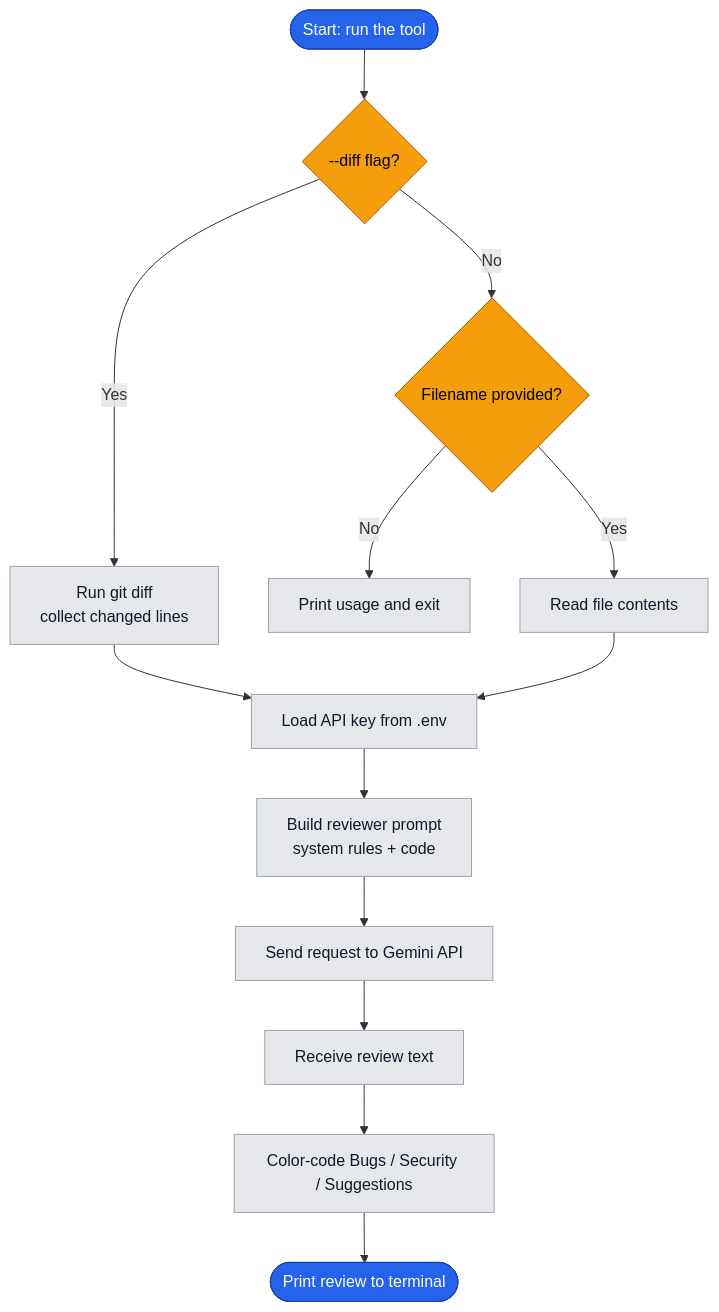
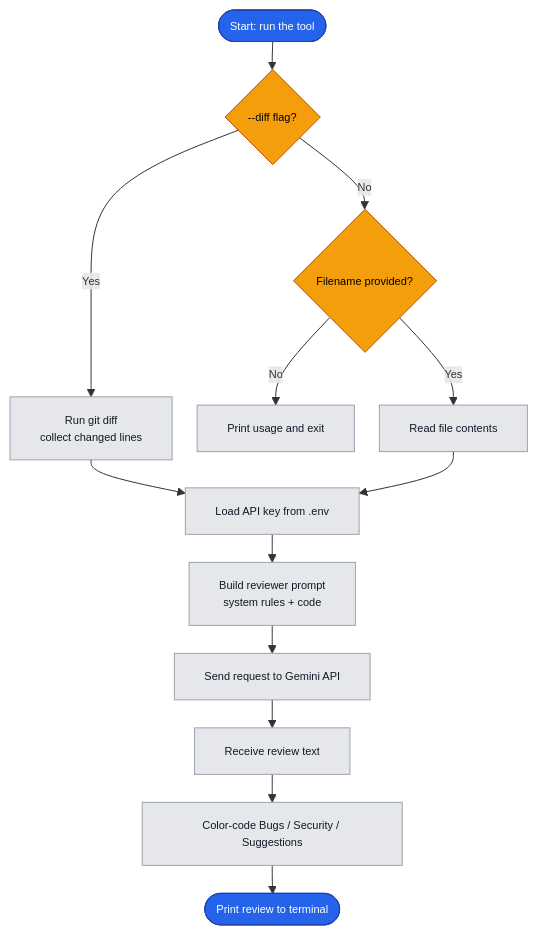
Before and after one commit to prem-maradiya/gemini-code-reviewer: the diagram in README.md, drawn with Mermaid. The commit also changed other lines of this file and 1 other file, not shown here.

Commit message:
Add usage screenshot and compact flowchart to README

````diff
--- a/README.md
+++ b/README.md
@@ -65,22 +69,23 @@
 ```mermaid
+%%{init: {'flowchart': {'nodeSpacing': 25, 'rankSpacing': 28}, 'themeVariables': {'fontSize': '11px'}}}%%
 flowchart TD
     A([Start: run the tool]) --> B{--diff flag?}
     B -- Yes --> C[Run git diff<br/>collect changed lines]
     B -- No --> D{Filename provided?}
     D -- No --> E[Print usage and exit]
     D -- Yes --> F[Read file contents]
     C --> G[Load API key from .env]
     F --> G
     G --> H[Build reviewer prompt<br/>system rules + code]
     H --> I[Send request to Gemini API]
     I --> J[Receive review text]
     J --> K[Color-code Bugs / Security / Suggestions]
     K --> L([Print review to terminal])
 
     classDef startEnd fill:#2563eb,stroke:#1e40af,color:#ffffff;
     classDef decision fill:#f59e0b,stroke:#b45309,color:#000000;
     classDef process fill:#e5e7eb,stroke:#9ca3af,color:#111827;
     class A,L startEnd;
     class B,D decision;
     class C,E,F,G,H,I,J,K process;
 ```
````
